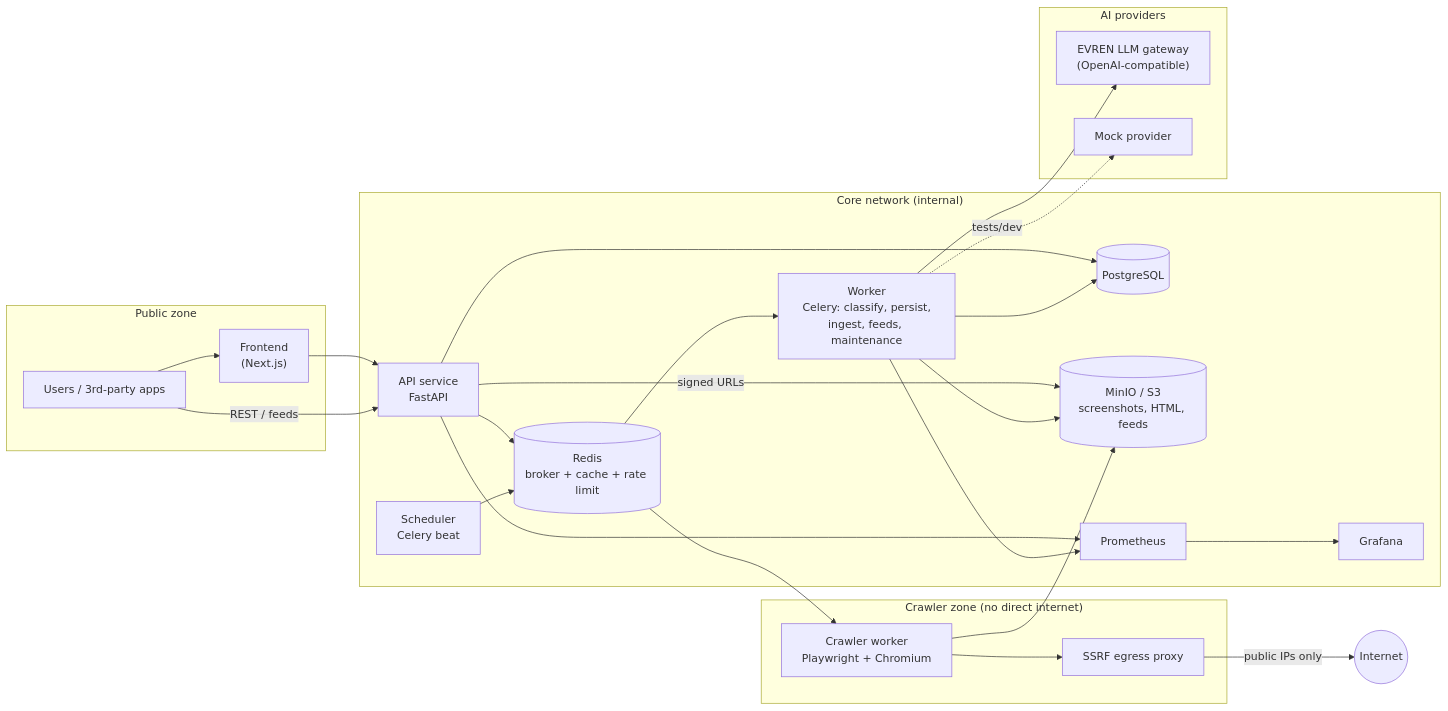
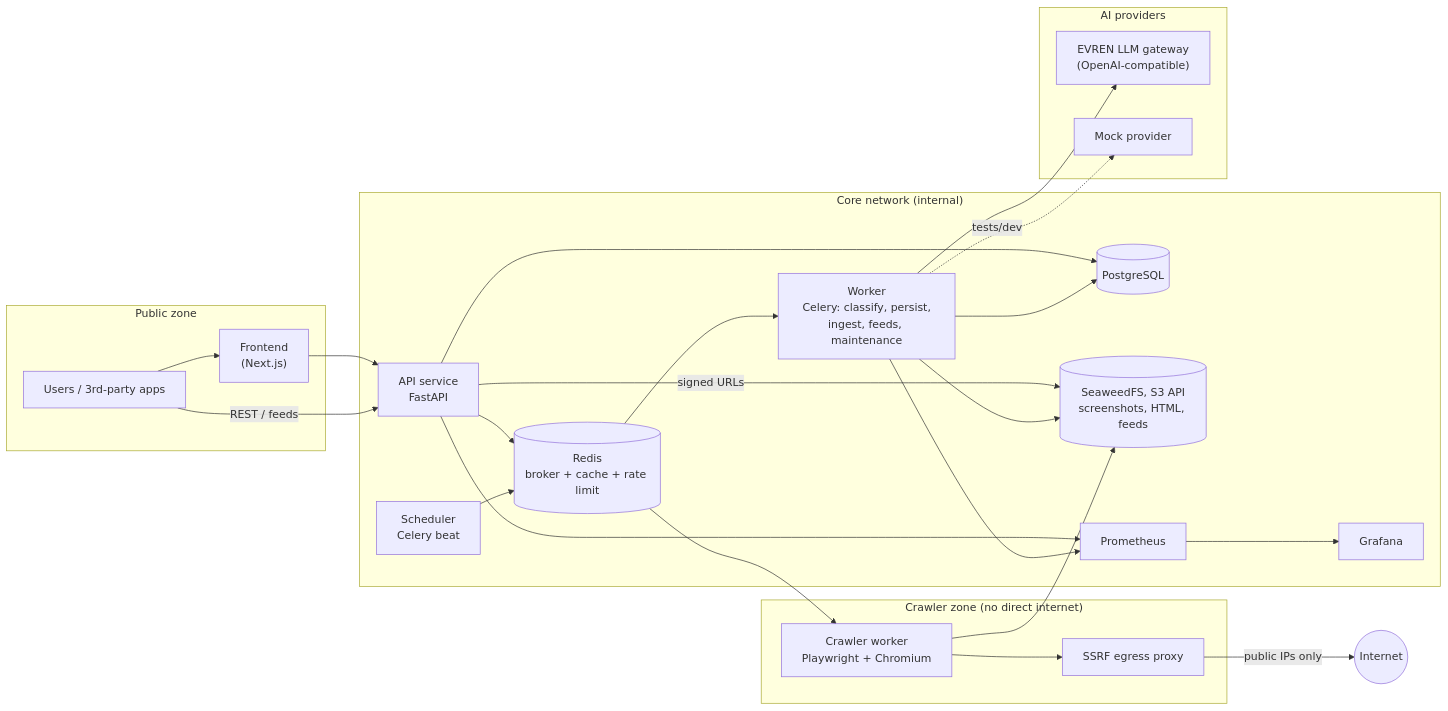
Before and after one commit to L4zyK0ala/Cat-Egory: the first of 2 diagrams in documentation/ARCHITECTURE.md, drawn with Mermaid. The commit also changed other lines of this file and 8 other files, not shown here.

````diff
--- a/documentation/ARCHITECTURE.md
+++ b/documentation/ARCHITECTURE.md
@@ -25,44 +28,44 @@
 ```mermaid
 flowchart LR
     subgraph Public["Public zone"]
         U[Users / 3rd-party apps]
         FE["Frontend<br/>(Next.js)"]
     end
 
     subgraph Core["Core network (internal)"]
         API["API service<br/>FastAPI"]
         PG[(PostgreSQL)]
         RD[(Redis<br/>broker + cache + rate limit)]
-        S3[(MinIO / S3<br/>screenshots, HTML, feeds)]
+        S3[(SeaweedFS, S3 API<br/>screenshots, HTML, feeds)]
         WK["Worker<br/>Celery: classify, persist,<br/>ingest, feeds, maintenance"]
         BEAT["Scheduler<br/>Celery beat"]
         PROM[Prometheus] --> GRAF[Grafana]
     end
 
     subgraph Egress["Crawler zone (no direct internet)"]
         CR["Crawler worker<br/>Playwright + Chromium"]
         PX["SSRF egress proxy"]
     end
 
     subgraph AI["AI providers"]
         EV["EVREN LLM gateway<br/>(OpenAI-compatible)"]
         MK["Mock provider"]
     end
 
     U --> FE --> API
     U -->|REST / feeds| API
     API --> PG
     API --> RD
     API -->|signed URLs| S3
     BEAT --> RD
     RD --> WK
     RD --> CR
     WK --> PG
     WK --> S3
     WK --> EV
     WK -.tests/dev.-> MK
     CR --> S3
     CR --> PX -->|public IPs only| Internet((Internet))
     API --> PROM
     WK --> PROM
 ```
````
